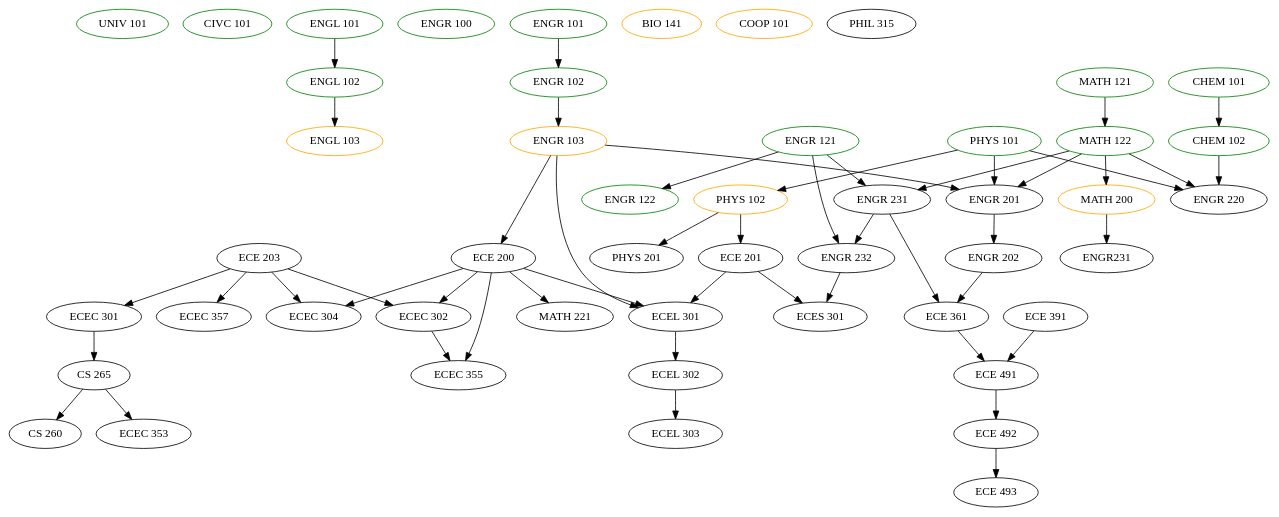
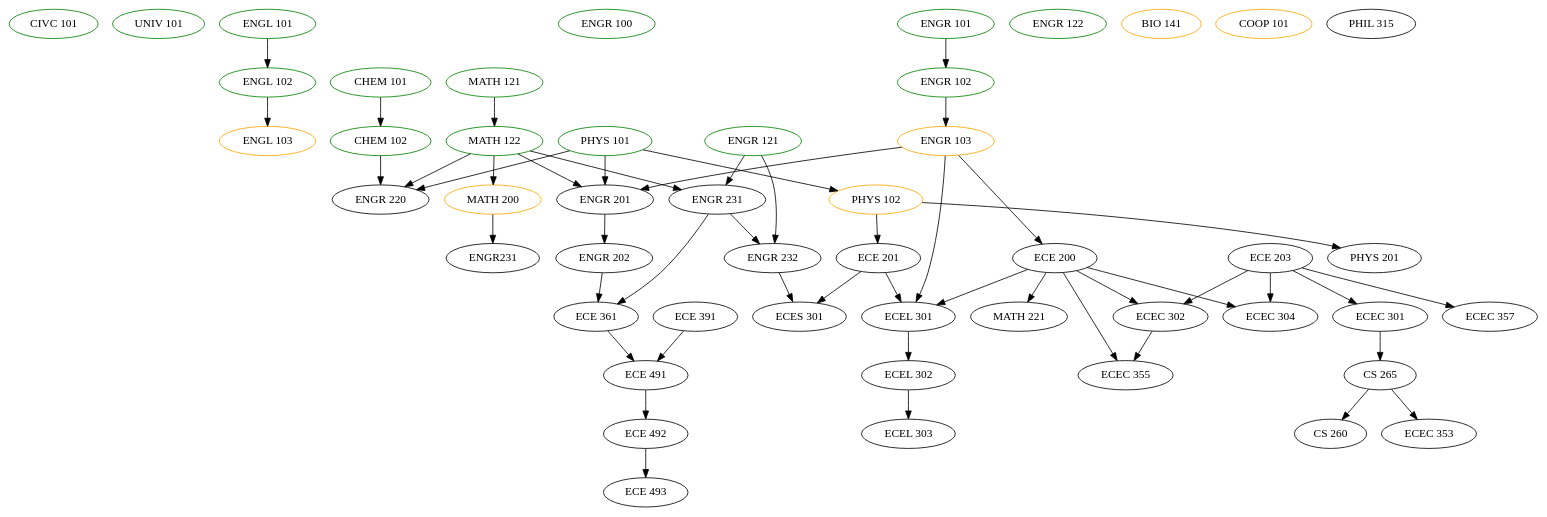
Before and after one commit to Theodus/coursework: the diagram in classes.gv, drawn with Graphviz.

Commit message:
separate style and ordering

```diff
--- a/classes.gv
+++ b/classes.gv
@@ -1,46 +1,57 @@
 digraph Classes {
 
   { node [color=green]
+    "CIVC 101"
     "UNIV 101"
-    "CIVC 101"
-    "ENGL 101" -> "ENGL 102"
+    "ENGL 101" "ENGL 102"
     "ENGR 100"
-    "ENGR 101" -> "ENGR 102"
-    "ENGR 121" -> "ENGR 122"
-    "MATH 121" -> "MATH 122"
-    "CHEM 101" -> "CHEM 102"
+    "CHEM 101" "CHEM 102"
+    "ENGR 101" "ENGR 102"
+    "ENGR 121" "ENGR 122"
+    "MATH 121" "MATH 122"
     "PHYS 101"
   }
 
   { node [color=orange]
-    "ENGL 102" -> "ENGL 103"
-    "ENGR 102" -> "ENGR 103"
-    "PHYS 101" -> "PHYS 102"
-    "MATH 122" -> "MATH 200"
+    "ENGL 103"
+    "ENGR 103"
     "BIO 141"
     "COOP 101"
+    "PHYS 102"
+    "MATH 200"
   }
 
+  // General Education/Liberal Studies
+
+  "CIVC 101"
+  "ENGL 101" -> "ENGL 102" -> "ENGL 103"
   "PHIL 315"
-  "PHYS 102" -> "PHYS 201"
+  "UNIV 101"
+
+  // Foundation Requirements
+
+  "BIO 141"
+  "CHEM 101" -> "CHEM 102"
+  "PHYS 101" -> "PHYS 102" -> "PHYS 201"
   "PHYS 102" -> "ECE 201"
-  "MATH 200" -> "ENGR231"
-  "ENGR 103" -> "ECE 200" -> "MATH 221"
+  "MATH 121" -> "MATH 122" -> "MATH 200" -> "ENGR231"
+  "ENGR 101" -> "ENGR 102" -> "ENGR 103" -> "ECE 200" -> "MATH 221"
   "ECE 203"
   {"MATH 122" "PHYS 101" "ENGR 103"} -> "ENGR 201" -> "ENGR 202"
   {"CHEM 102" "MATH 122" "PHYS 101"} -> "ENGR 220"
   {"MATH 122" "ENGR 121"} -> "ENGR 231"
   {"ENGR 231" "ENGR 121"} -> "ENGR 232"
 
   // Professional Requirements
+
   "ECE 203" -> "ECEC 301" -> "CS 265" -> "CS 260"
   {"ENGR 202" "ENGR 231"} -> "ECE 361"
   {"ECE 391" "ECE 361"} -> "ECE 491" -> "ECE 492" -> "ECE 493"
   {"ECE 203" "ECE 200"} -> "ECEC 302"
   {"ECE 200" "ECE 203"} -> "ECEC 304"
   "CS 265" -> "ECEC 353"
   {"ECE 200" "ECEC 302"} -> "ECEC 355"
   "ECE 203" -> "ECEC 357"
   {"ENGR 103" "ECE 200" "ECE 201"} -> "ECEL 301" -> "ECEL 302" -> "ECEL 303"
   {"ENGR 232" "ECE 201"} -> "ECES 301"
 }
```
